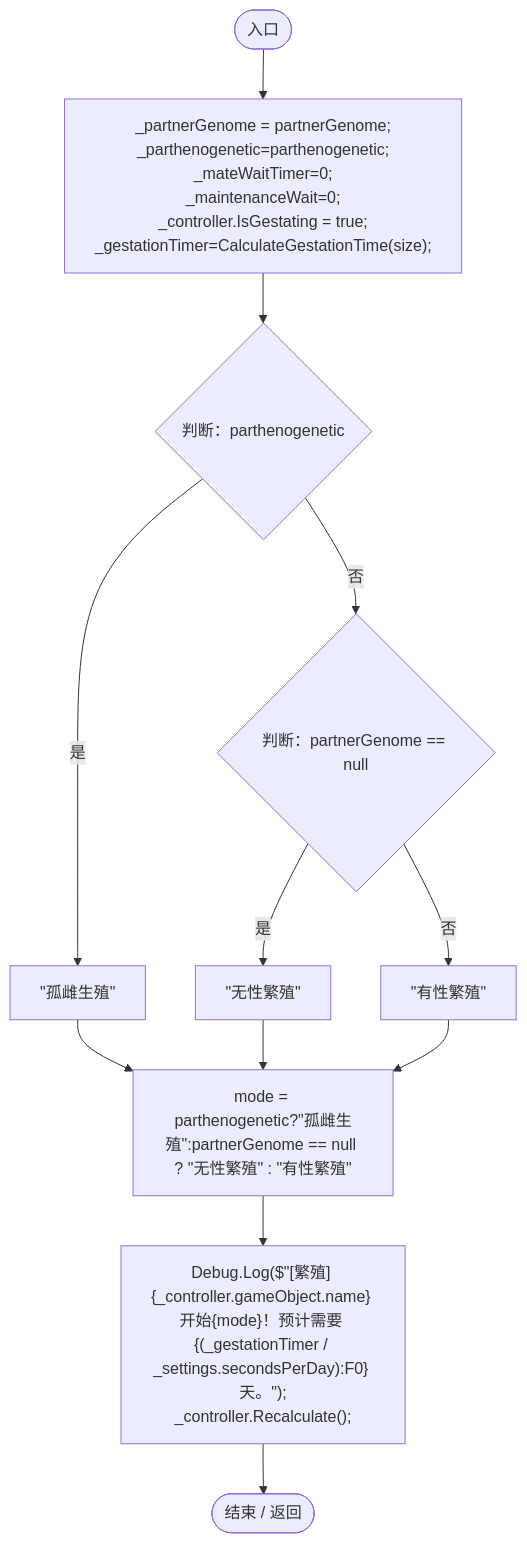
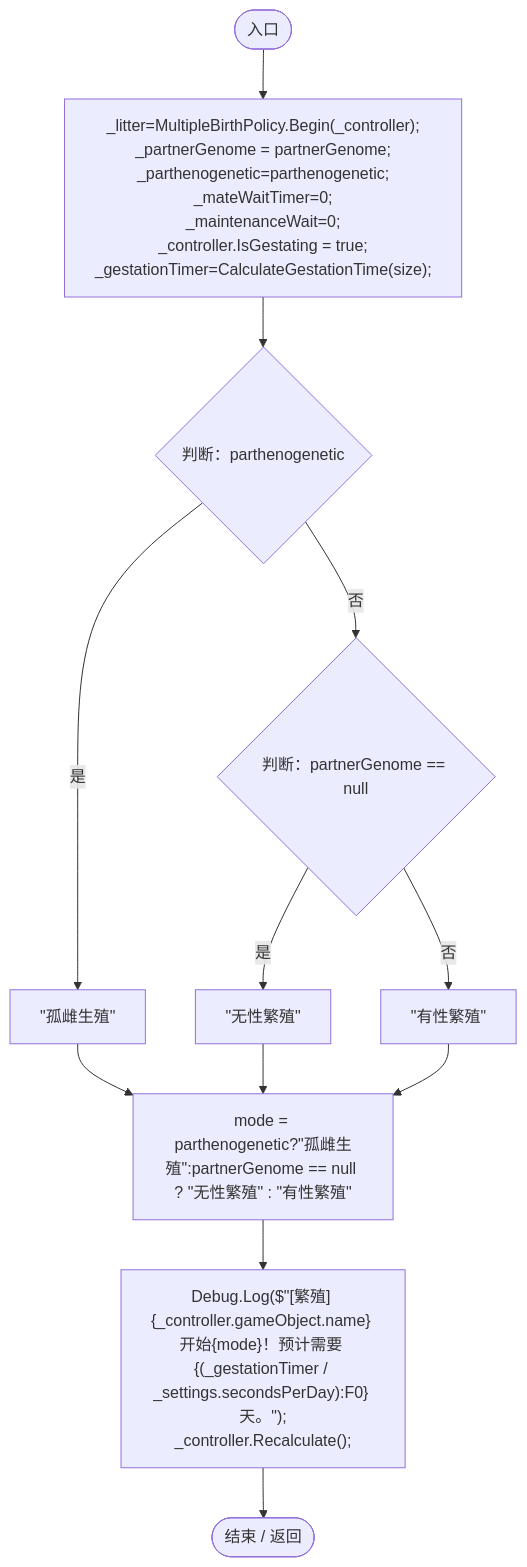
One commit to xhs6666/Darwin_paradise changed the sixth of 16 diagrams in Docs/运行流程图/脚本/ac319ea70bd8b723.md. Above: the diagram before and after it, drawn with Mermaid. The commit also changed other lines of this file and 227 other files, not shown here.

````diff
--- a/Docs/运行流程图/脚本/ac319ea70bd8b723.md
+++ b/Docs/运行流程图/脚本/ac319ea70bd8b723.md
@@ -302,25 +341,25 @@
 ```mermaid
 flowchart TD
   b0(["入口"])
-  b1["_partnerGenome = partnerGenome;<br/>_parthenogenetic=parthenogenetic;<br/>_mateWaitTimer=0;<br/>_maintenanceWait=0;<br/>_controller.IsGestating = true;<br/>_gestationTimer=CalculateGestationTime(size);"]
+  b1["_litter=MultipleBirthPolicy.Begin(_controller);<br/>_partnerGenome = partnerGenome;<br/>_parthenogenetic=parthenogenetic;<br/>_mateWaitTimer=0;<br/>_maintenanceWait=0;<br/>_controller.IsGestating = true;<br/>_gestationTimer=CalculateGestationTime(size);"]
   b2{"判断：parthenogenetic"}
   b3["&quot;孤雌生殖&quot;"]
   b4{"判断：partnerGenome == null"}
   b5["&quot;无性繁殖&quot;"]
   b6["&quot;有性繁殖&quot;"]
   b7["mode = parthenogenetic?&quot;孤雌生殖&quot;:partnerGenome == null ? &quot;无性繁殖&quot; : &quot;有性繁殖&quot;"]
   b8["Debug.Log($&quot;[繁殖] {_controller.gameObject.name} 开始{mode}！预计需要 {(_gestationTimer / _settings.secondsPerDay):F0} 天。&quot;);<br/>_controller.Recalculate();"]
   b9(["结束 / 返回"])
   b0 --> b1
   b1 --> b2
   b2 -->|"是"| b3
   b2 -->|"否"| b4
   b3 --> b7
   b4 -->|"是"| b5
   b4 -->|"否"| b6
   b5 --> b7
   b6 --> b7
   b7 --> b8
   b8 --> b9
 
 ```
````
